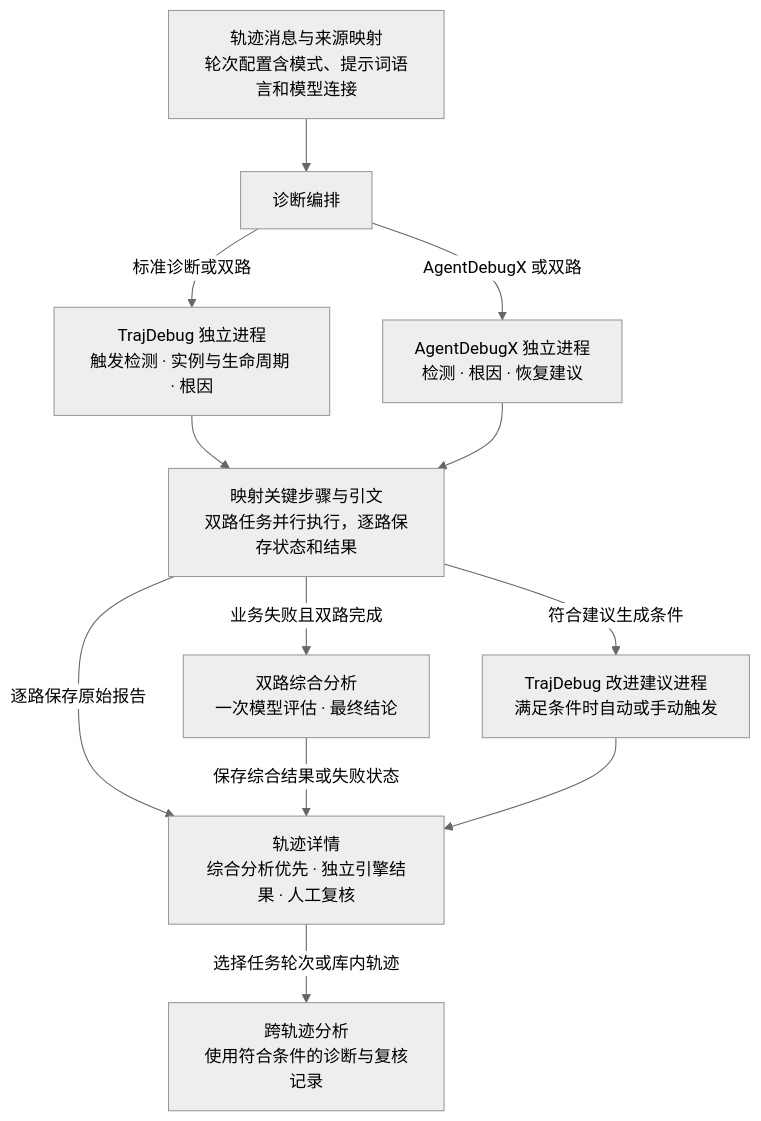
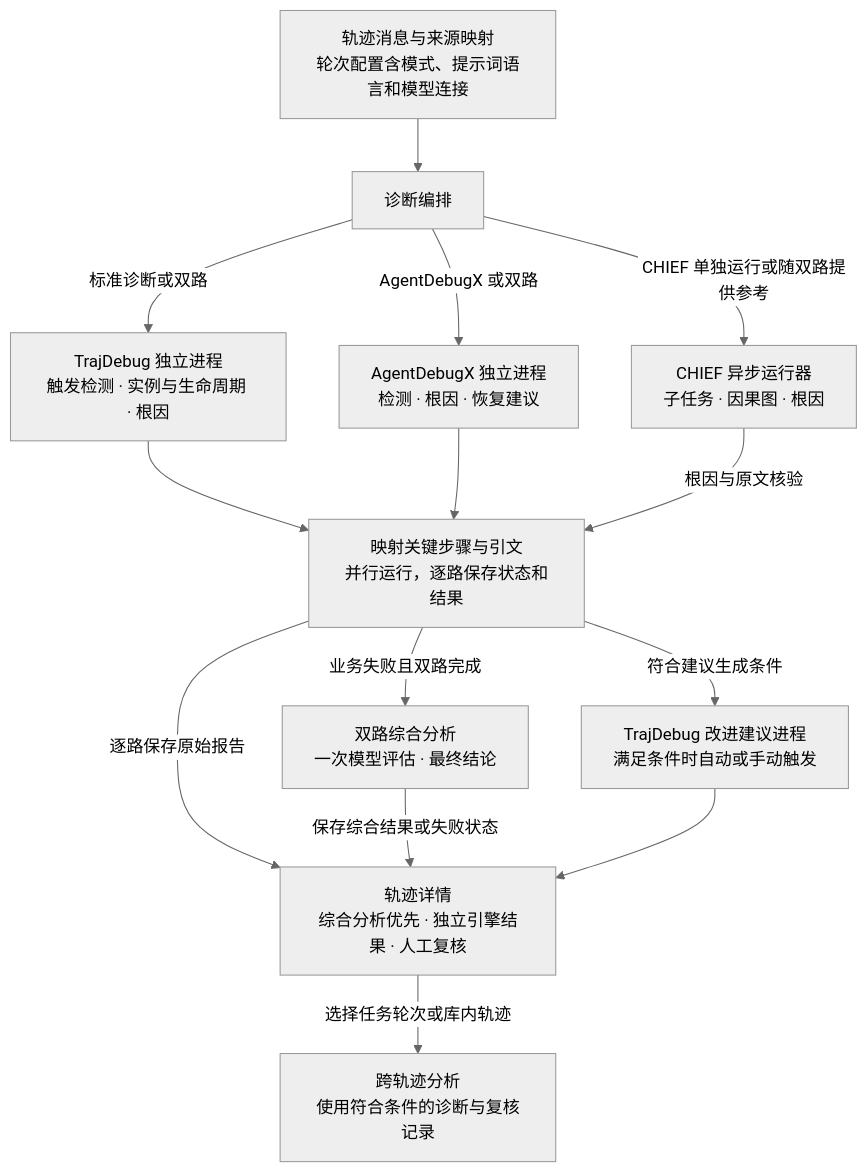
Before and after one commit to szluoqy-byte/agent-trace-diagnostics: the second of 2 diagrams in docs/architecture.md, drawn with Mermaid (neutral theme). The commit also changed other lines of this file and 34 other files, not shown here.

````diff
--- a/docs/architecture.md
+++ b/docs/architecture.md
@@ -48,24 +48,27 @@
 ```mermaid
 flowchart TB
     Input["轨迹消息与来源映射<br/>轮次配置含模式、提示词语言和模型连接"]
     Dispatch["诊断编排"]
     TD["TrajDebug 独立进程<br/>触发检测 · 实例与生命周期 · 根因"]
     AD["AgentDebugX 独立进程<br/>检测 · 根因 · 恢复建议"]
-    Evidence["映射关键步骤与引文<br/>双路任务并行执行，逐路保存状态和结果"]
+    CH["CHIEF 异步运行器<br/>子任务 · 因果图 · 根因"]
+    Evidence["映射关键步骤与引文<br/>并行运行，逐路保存状态和结果"]
     Synthesis["双路综合分析<br/>一次模型评估 · 最终结论"]
     Feedback["TrajDebug 改进建议进程<br/>满足条件时自动或手动触发"]
     Report["轨迹详情<br/>综合分析优先 · 独立引擎结果 · 人工复核"]
     Aggregate["跨轨迹分析<br/>使用符合条件的诊断与复核记录"]
 
     Input --> Dispatch
     Dispatch -->|标准诊断或双路| TD
     Dispatch -->|AgentDebugX 或双路| AD
+    Dispatch -->|CHIEF 单独运行或随双路提供参考| CH
     TD --> Evidence
     AD --> Evidence
+    CH -->|根因与原文核验| Evidence
     Evidence -->|逐路保存原始报告| Report
     Evidence -->|业务失败且双路完成| Synthesis
     Synthesis -->|保存综合结果或失败状态| Report
     Evidence -->|符合建议生成条件| Feedback
     Feedback --> Report
     Report -->|选择任务轮次或库内轨迹| Aggregate
 ```
````
